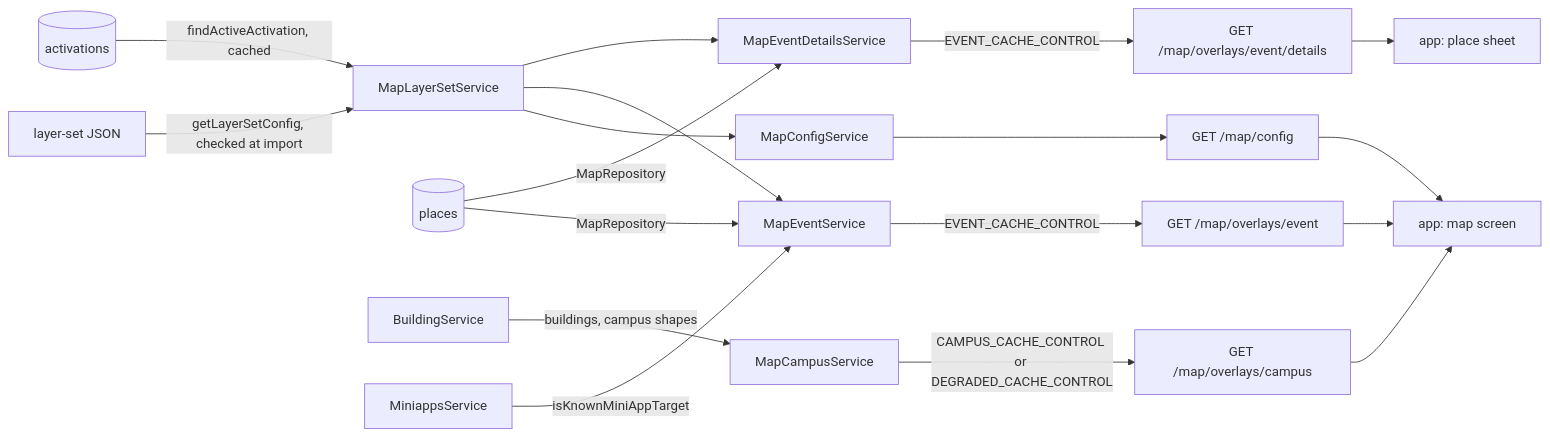
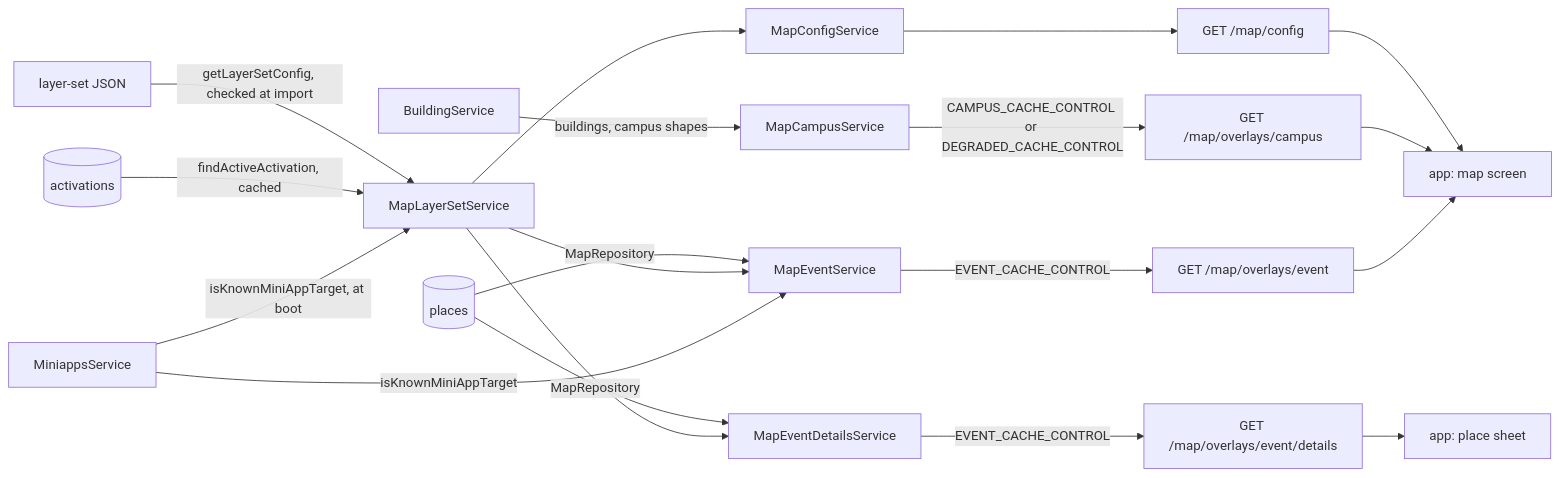
Before and after one commit to skkuverse/skkuverse-server: the diagram in docs/explanation/map-architecture.md, drawn with Mermaid. The commit also changed other lines of this file and 48 other files, not shown here.

````diff
--- a/docs/explanation/map-architecture.md
+++ b/docs/explanation/map-architecture.md
@@ -49,20 +51,21 @@
 ```mermaid
 flowchart LR
   file["layer-set JSON"] -->|getLayerSetConfig, checked at import| layerSet["MapLayerSetService"]
   acts[("activations")] -->|findActiveActivation, cached| layerSet
   places[("places")] -->|MapRepository| event["MapEventService"]
   places -->|MapRepository| details["MapEventDetailsService"]
   layerSet --> config["MapConfigService"]
   layerSet --> event
   layerSet --> details
   building["BuildingService"] -->|buildings, campus shapes| campus["MapCampusService"]
   miniapps["MiniappsService"] -->|isKnownMiniAppTarget| event
+  miniapps -->|isKnownMiniAppTarget, at boot| layerSet
   config --> r1["GET /map/config"]
   campus -->|CAMPUS_CACHE_CONTROL or DEGRADED_CACHE_CONTROL| r2["GET /map/overlays/campus"]
   event -->|EVENT_CACHE_CONTROL| r3["GET /map/overlays/event"]
   details -->|EVENT_CACHE_CONTROL| r4["GET /map/overlays/event/details"]
   r1 --> screen["app: map screen"]
   r2 --> screen
   r3 --> screen
   r4 --> sheet["app: place sheet"]
 ```
````
